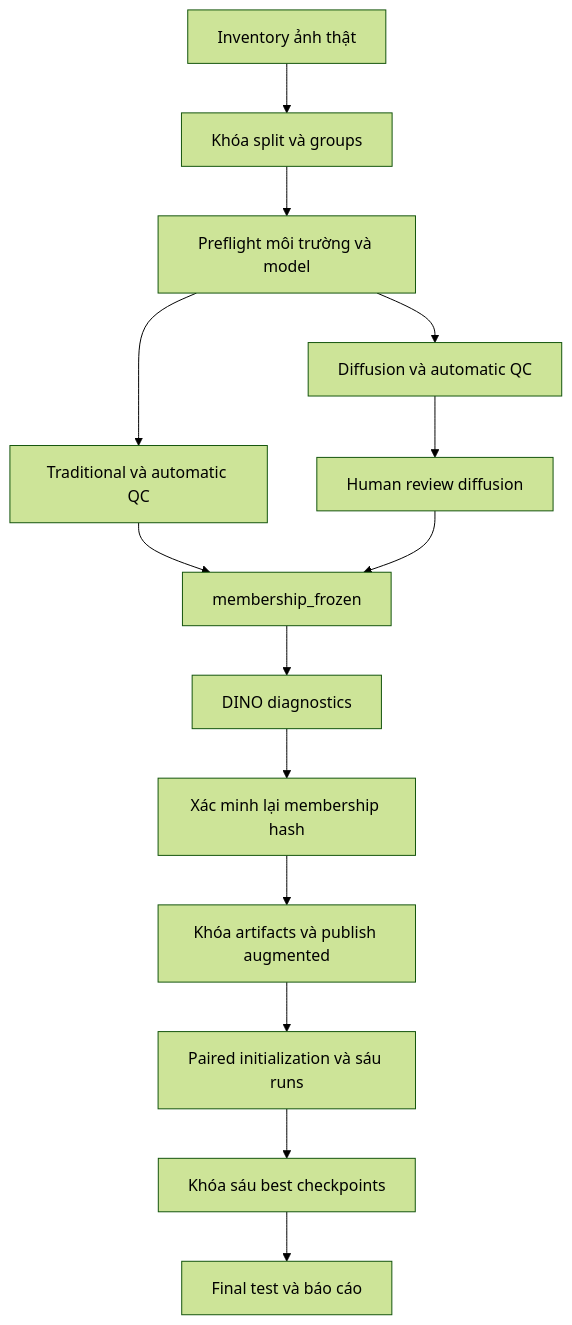
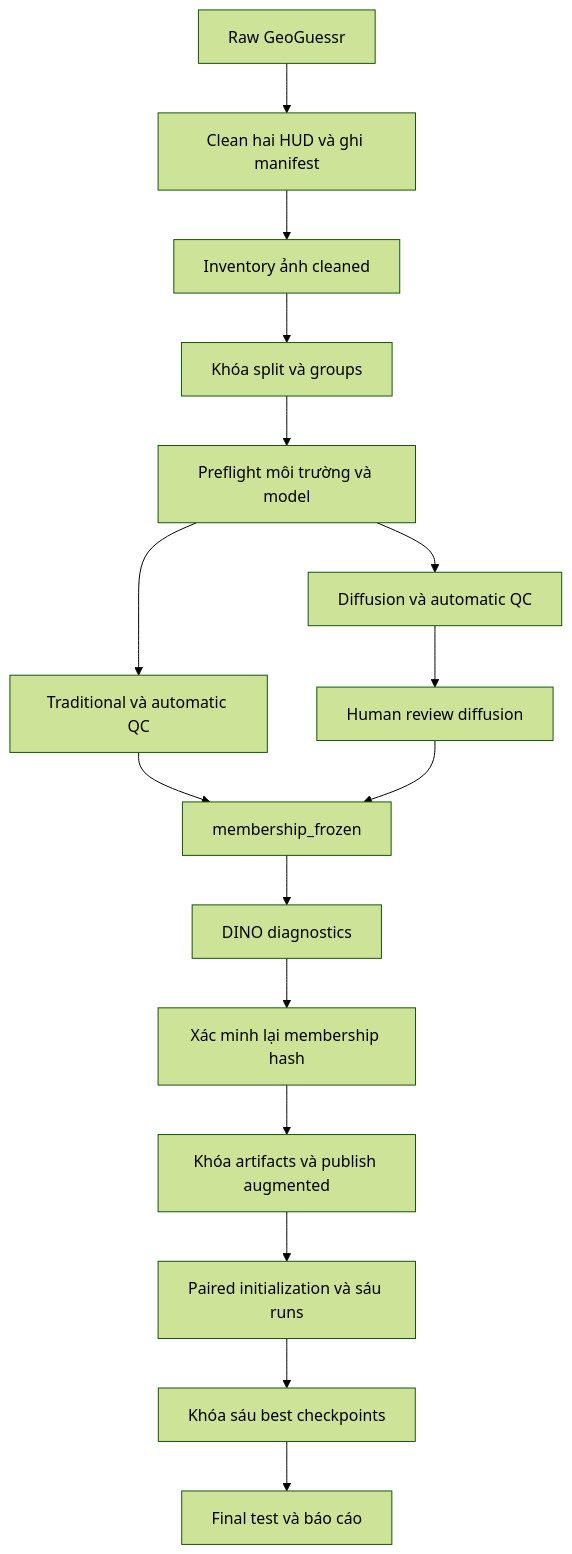
The diagram in docs/plan.md (HiimRaccoon/GeoLocation_DataPreprocessing), drawn with Mermaid (forest theme) before and after one commit. The commit also changed other lines of this file and 40 other files, not shown here.

````diff
--- a/docs/plan.md
+++ b/docs/plan.md
@@ -52,16 +53,18 @@
 ```mermaid
 flowchart TD
-    I[Inventory ảnh thật] --> S[Khóa split và groups]
+    C0[Raw GeoGuessr] --> H0[Clean hai HUD và ghi manifest]
+    H0 --> I[Inventory ảnh cleaned]
+    I --> S[Khóa split và groups]
     S --> P[Preflight môi trường và model]
     P --> T[Traditional và automatic QC]
     P --> D[Diffusion và automatic QC]
     D --> H[Human review diffusion]
     T --> M[membership_frozen]
     H --> M
     M --> N[DINO diagnostics]
     N --> V[Xác minh lại membership hash]
     V --> F[Khóa artifacts và publish augmented]
     F --> R[Paired initialization và sáu runs]
     R --> C[Khóa sáu best checkpoints]
     C --> E[Final test và báo cáo]
 ```
````
